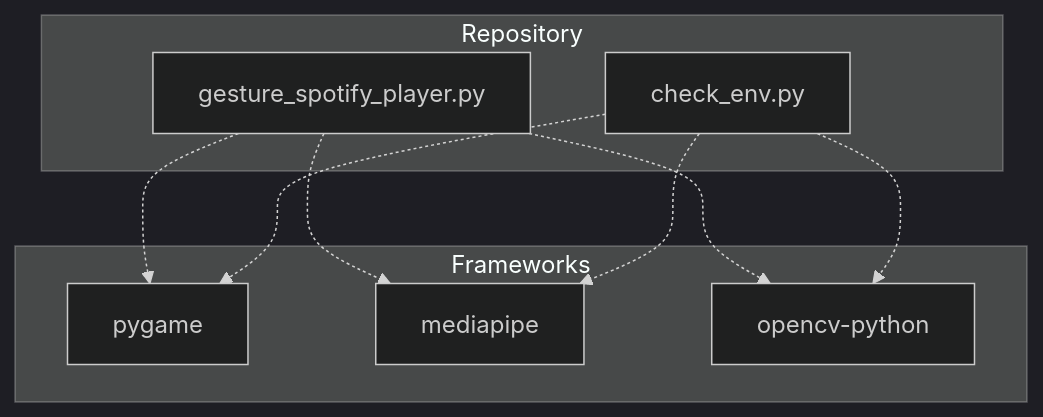
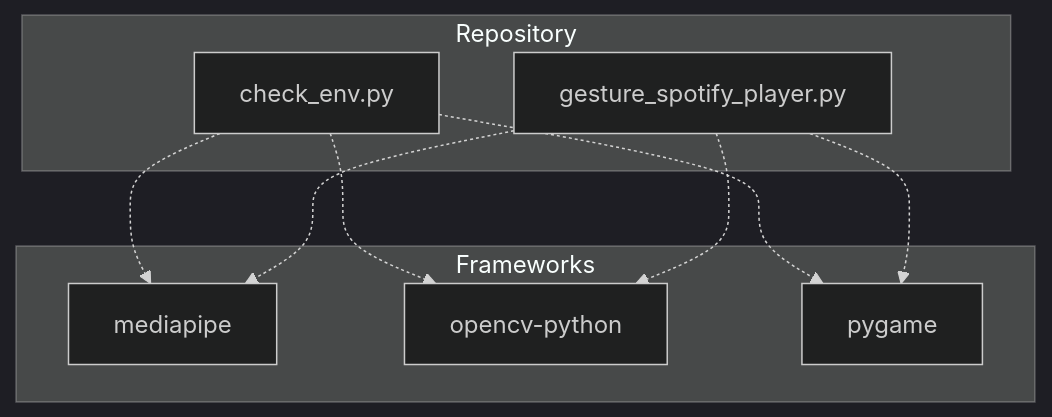
The diagram in .github/docs/architecture.md (NITISH-R-G/PalmPlay1), drawn with Mermaid (dark theme) before and after one commit. The commit also changed other lines of this file and 3 other files, not shown here.

Commit message:
docs: update repository documentation and diagrams [skip ci]

````diff
--- a/.github/docs/architecture.md
+++ b/.github/docs/architecture.md
@@ -3,20 +3,20 @@
 ```mermaid
 graph TD
     subgraph Repository
+        check_env_py[check_env.py]
         gesture_spotify_player_py[gesture_spotify_player.py]
-        check_env_py[check_env.py]
+        click check_env_py href "https://github.com/NITISH-R-G/PalmPlay1/blob/main/check_env.py" "View source code"
         click gesture_spotify_player_py href "https://github.com/NITISH-R-G/PalmPlay1/blob/main/gesture_spotify_player.py" "View source code"
-        click check_env_py href "https://github.com/NITISH-R-G/PalmPlay1/blob/main/check_env.py" "View source code"
     end
     subgraph Frameworks
-        fw_pygame[pygame]
         fw_mediapipe[mediapipe]
         fw_opencv_python[opencv-python]
+        fw_pygame[pygame]
     end
-    gesture_spotify_player_py -.-> fw_pygame
+    check_env_py -.-> fw_mediapipe
+    check_env_py -.-> fw_opencv_python
+    check_env_py -.-> fw_pygame
     gesture_spotify_player_py -.-> fw_mediapipe
     gesture_spotify_player_py -.-> fw_opencv_python
-    check_env_py -.-> fw_pygame
-    check_env_py -.-> fw_mediapipe
-    check_env_py -.-> fw_opencv_python
+    gesture_spotify_player_py -.-> fw_pygame
 ```
````
